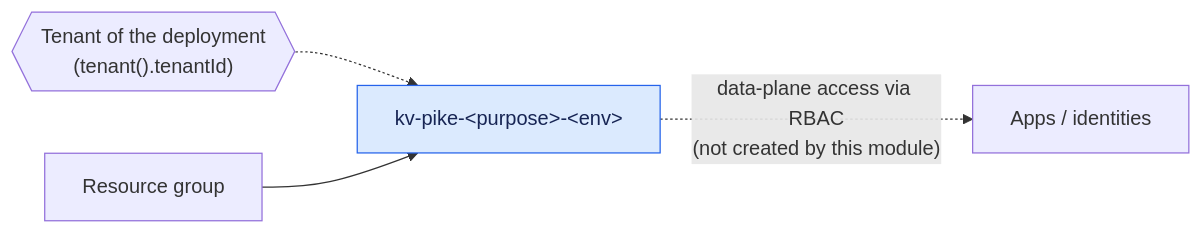
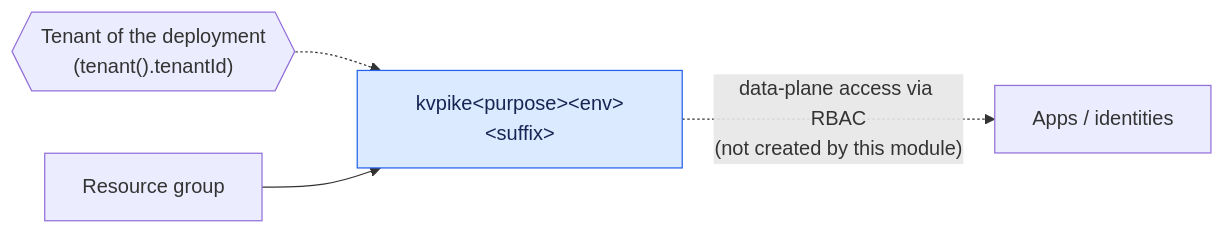
The diagram in modules/security/README.md (PROMETHEUS-N/pike-infra-eaas-new), drawn with Mermaid before and after one commit. The commit also changed other lines of this file and 13 other files, not shown here.

````diff
--- a/modules/security/README.md
+++ b/modules/security/README.md
@@ -23,9 +23,9 @@
 ```mermaid
 flowchart LR
     SUB{{"Tenant of the deployment<br/>(tenant().tenantId)"}} -.-> KV
-    RG["Resource group"] --> KV["kv-pike-&lt;purpose&gt;-&lt;env&gt;"]
+    RG["Resource group"] --> KV["kvpike&lt;purpose&gt;&lt;env&gt;&lt;suffix&gt;"]
     KV -. "data-plane access via RBAC<br/>(not created by this module)" .-> APPS["Apps / identities"]
 
     classDef kv fill:#dbeafe,stroke:#2563eb,color:#172554
     class KV kv
 ```
````
